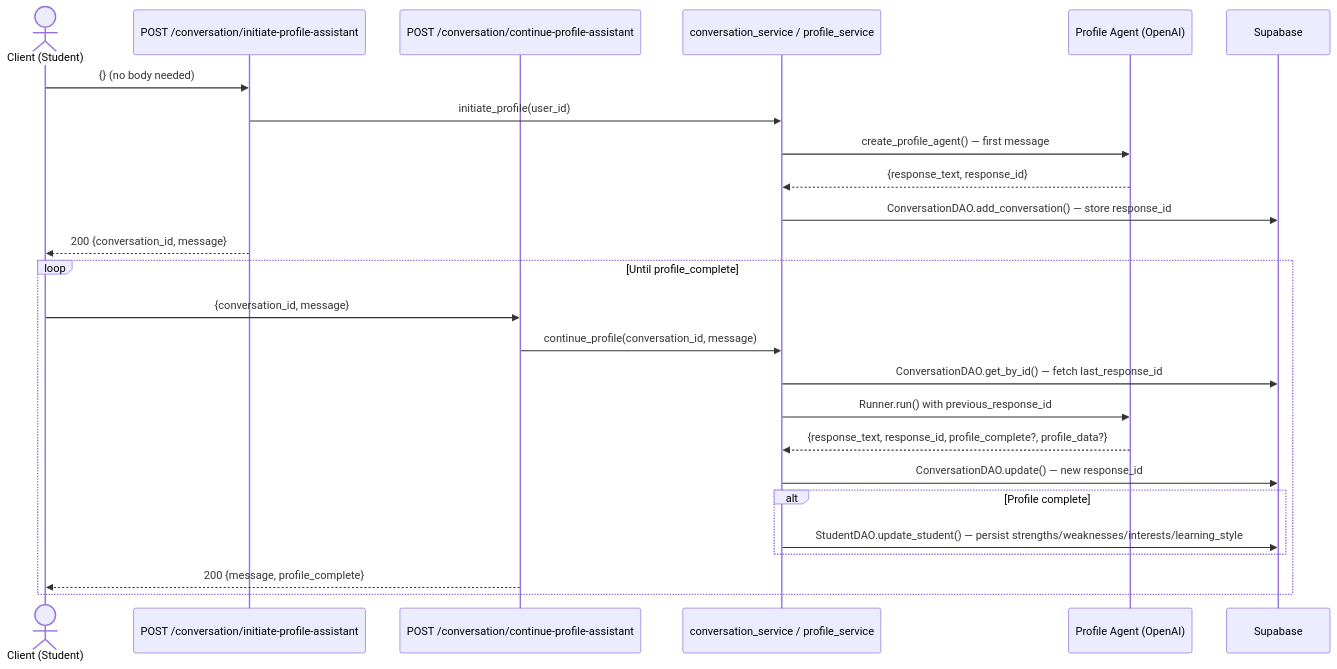
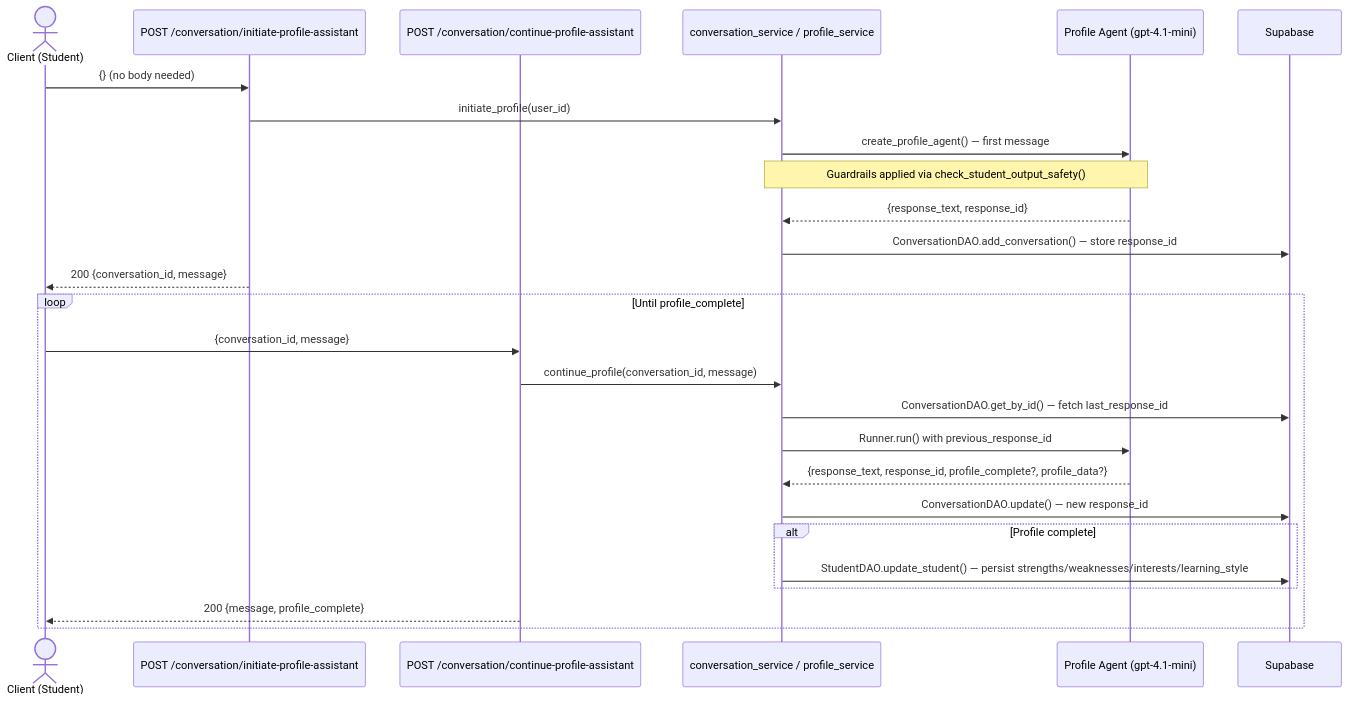
The eighth of 22 diagrams in ARCHITECTURE.md (EduQuest-AI-Inc/eduquest-backend), drawn with Mermaid before and after one commit. The commit also changed other lines of this file, not shown here.

````diff
--- a/ARCHITECTURE.md
+++ b/ARCHITECTURE.md
@@ -211,29 +213,30 @@
 ```mermaid
 sequenceDiagram
     actor C as Client (Student)
     participant R1 as POST /conversation/initiate-profile-assistant
     participant R2 as POST /conversation/continue-profile-assistant
     participant S as conversation_service / profile_service
-    participant AI as Profile Agent (OpenAI)
+    participant AI as Profile Agent (gpt-4.1-mini)
     participant DB as Supabase
 
     C->>R1: {} (no body needed)
     R1->>S: initiate_profile(user_id)
     S->>AI: create_profile_agent() — first message
+    Note over S,AI: Guardrails applied via check_student_output_safety()
     AI-->>S: {response_text, response_id}
     S->>DB: ConversationDAO.add_conversation()  — store response_id
     R1-->>C: 200  {conversation_id, message}
 
     loop Until profile_complete
         C->>R2: {conversation_id, message}
         R2->>S: continue_profile(conversation_id, message)
         S->>DB: ConversationDAO.get_by_id()  — fetch last_response_id
         S->>AI: Runner.run() with previous_response_id
         AI-->>S: {response_text, response_id, profile_complete?, profile_data?}
         S->>DB: ConversationDAO.update()  — new response_id
         alt Profile complete
             S->>DB: StudentDAO.update_student()  — persist strengths/weaknesses/interests/learning_style
         end
         R2-->>C: 200  {message, profile_complete}
     end
 ```
````
